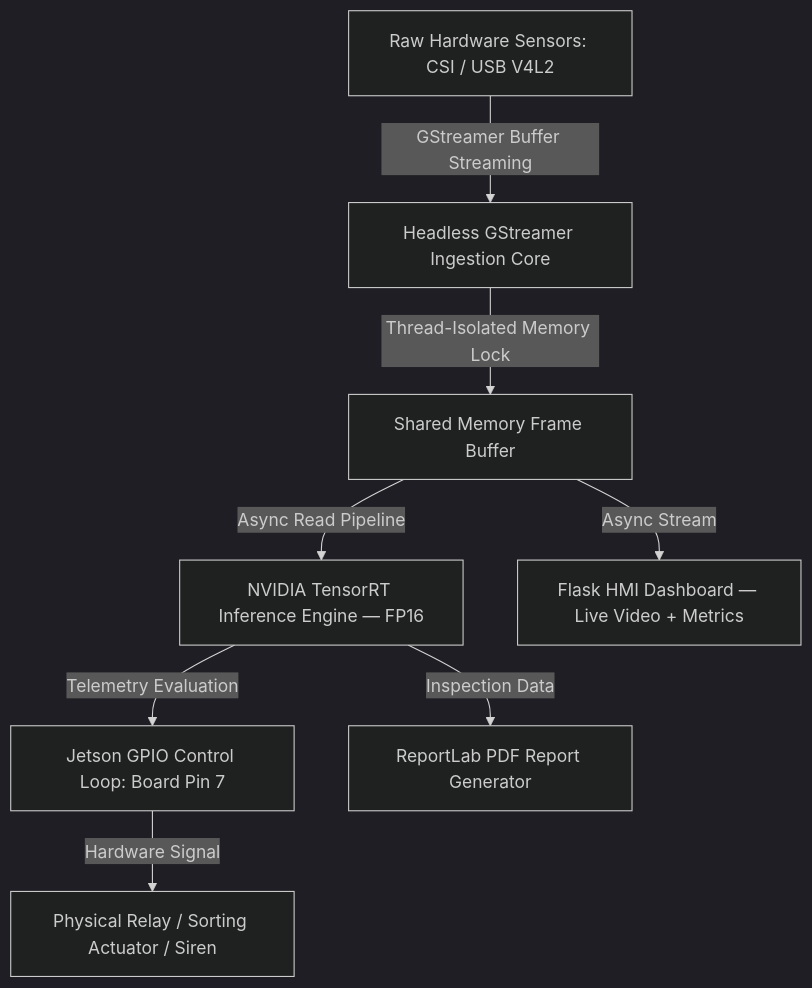
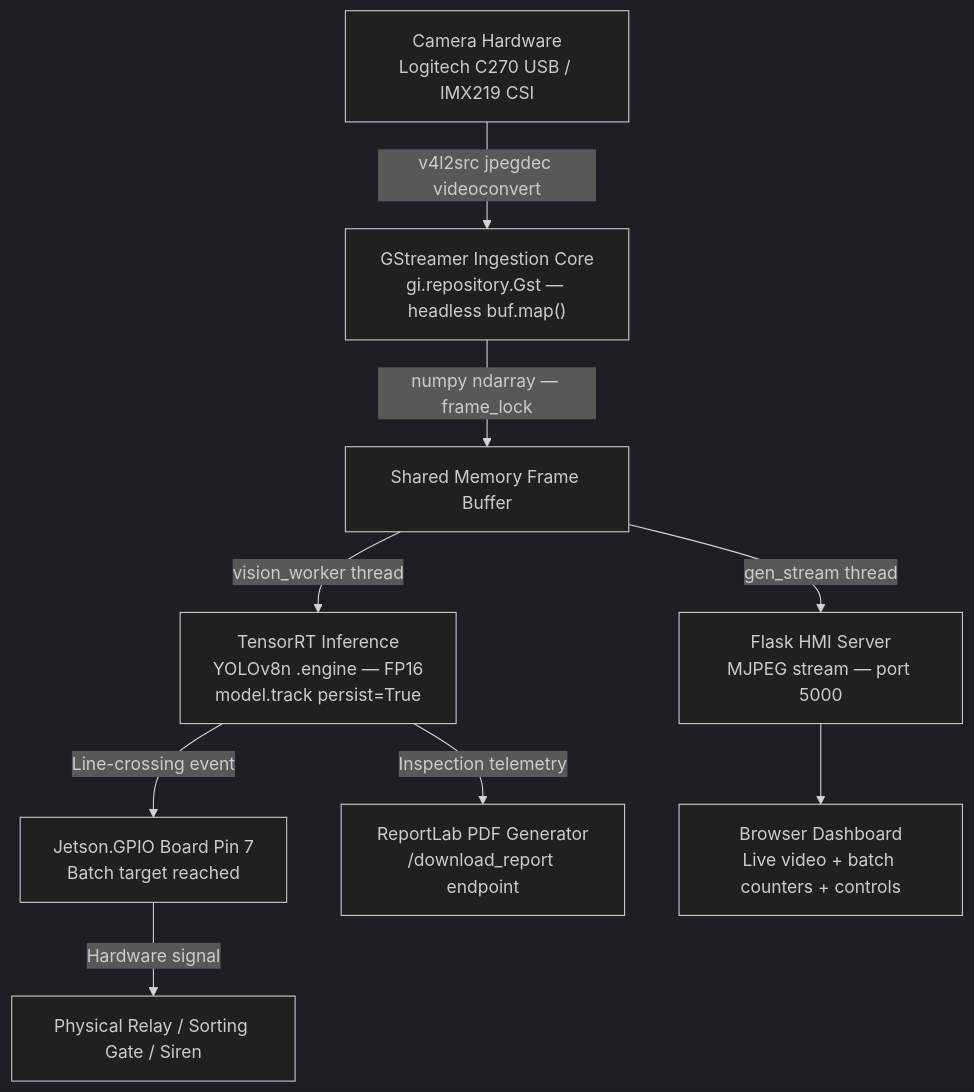
Before and after one commit to m7hanan/EdgeForge-Vision: the diagram in README.md, drawn with Mermaid (dark theme). The commit also changed other lines of this file, not shown here.

````diff
--- a/README.md
+++ b/README.md
@@ -59,10 +86,11 @@
 ```mermaid
 graph TD
-    A[Raw Hardware Sensors: CSI / USB V4L2] -->|GStreamer Buffer Streaming| B[Headless GStreamer Ingestion Core]
-    B -->|Thread-Isolated Memory Lock| C[Shared Memory Frame Buffer]
-    C -->|Async Read Pipeline| D[NVIDIA TensorRT Inference Engine — FP16]
-    C -->|Async Stream| E[Flask HMI Dashboard — Live Video + Metrics]
-    D -->|Telemetry Evaluation| F[Jetson GPIO Control Loop: Board Pin 7]
-    D -->|Inspection Data| H[ReportLab PDF Report Generator]
-    F -->|Hardware Signal| G[Physical Relay / Sorting Actuator / Siren]
+    A["Camera Hardware<br/>Logitech C270 USB / IMX219 CSI"] -->|v4l2src jpegdec videoconvert| B["GStreamer Ingestion Core<br/>gi.repository.Gst — headless buf.map()"]
+    B -->|numpy ndarray — frame_lock| C["Shared Memory Frame Buffer"]
+    C -->|vision_worker thread| D["TensorRT Inference<br/>YOLOv8n .engine — FP16<br/>model.track persist=True"]
+    C -->|gen_stream thread| E["Flask HMI Server<br/>MJPEG stream — port 5000"]
+    D -->|Line-crossing event| F["Jetson.GPIO Board Pin 7<br/>Batch target reached"]
+    D -->|Inspection telemetry| H["ReportLab PDF Generator<br/>/download_report endpoint"]
+    F -->|Hardware signal| G["Physical Relay / Sorting Gate / Siren"]
+    E --> I["Browser Dashboard<br/>Live video + batch counters + controls"]
 ```
````
